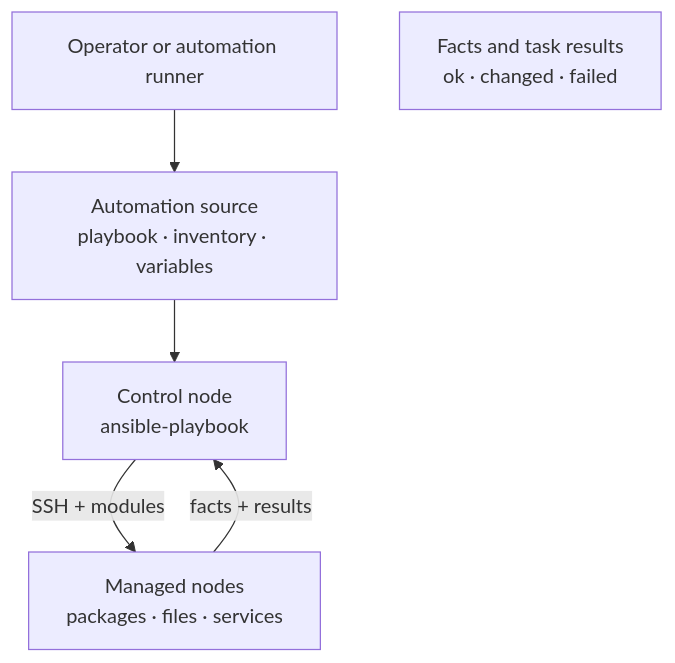
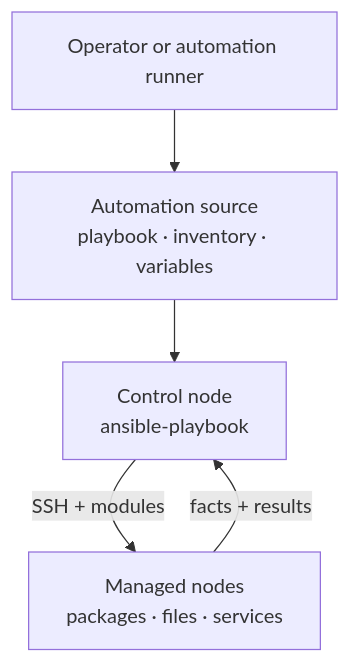
One commit to adulbrich/cs312 changed the first of 3 diagrams in src/content/docs/lectures/configuration-management.mdx. Above: the diagram before and after it, drawn with Mermaid. The commit also changed other lines of this file, not shown here.

````diff
--- a/src/content/docs/lectures/configuration-management.mdx
+++ b/src/content/docs/lectures/configuration-management.mdx
@@ -75,13 +75,12 @@
 ```mermaid
 flowchart TB
   operator["Operator or automation runner"]
   repo["Automation source\nplaybook · inventory · variables"]
   control["Control node\nansible-playbook"]
   nodes["Managed nodes\npackages · files · services"]
-  results["Facts and task results\nok · changed · failed"]
 
   operator --> repo
   repo --> control
   control -- "SSH + modules" --> nodes
   nodes -- "facts + results" --> control
 ```
````
